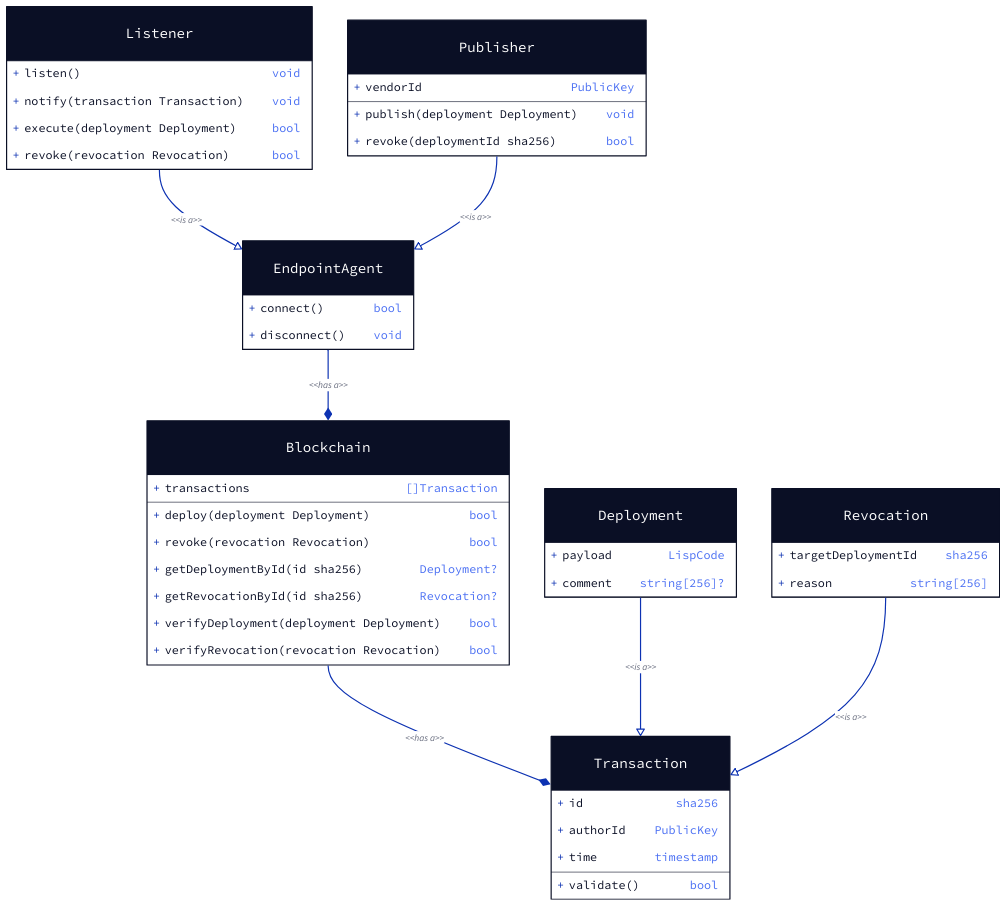
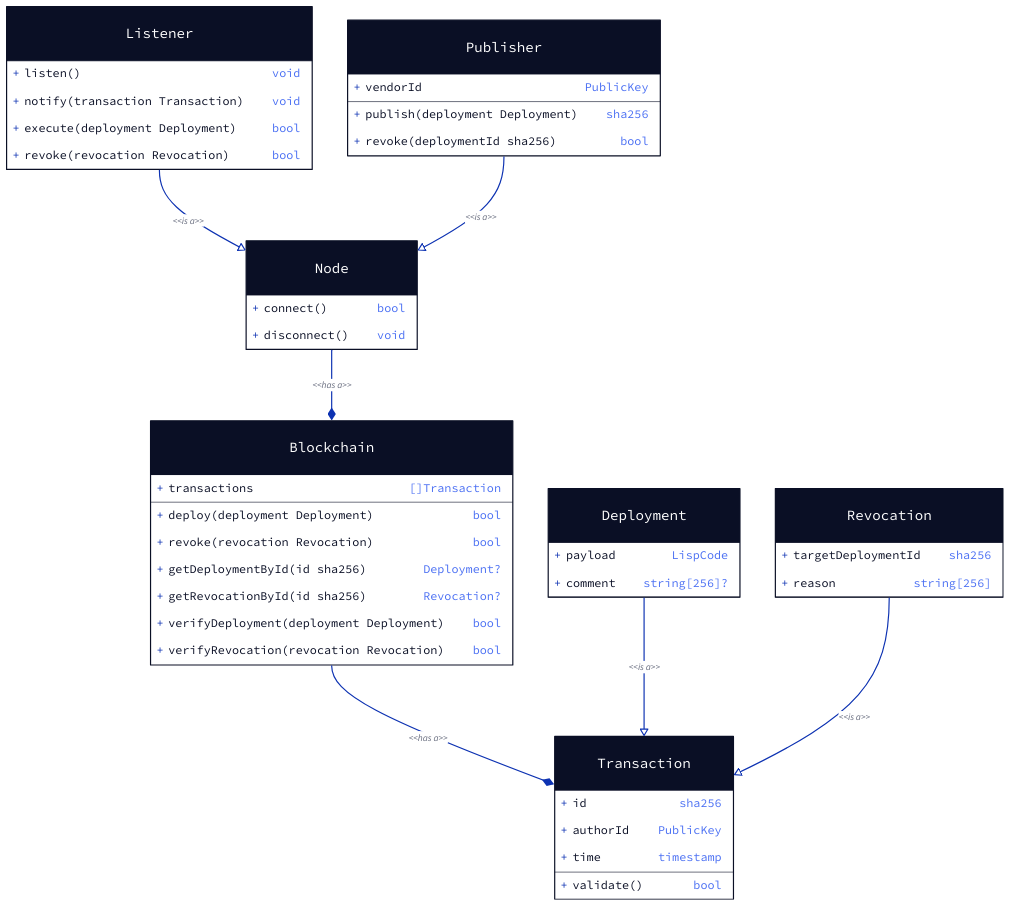
One commit to EGN-Project/lisp-endpoint-agent changed the diagram in meta/classes.d2. Above: the diagram before and after it, drawn with D2.

Commit message:
Proper return type for `publish` function, better naming for `Agent` class

```diff
--- a/meta/classes.d2
+++ b/meta/classes.d2
@@ -1,107 +1,107 @@
 # Class definitions.
 Blockchain: {
   shape: class
   transactions: "[]Transaction"
   deploy(deployment Deployment): bool
   revoke(revocation Revocation): bool
   getDeploymentById(id sha256): "Deployment?"
   getRevocationById(id sha256): "Revocation?"
   verifyDeployment(deployment Deployment): bool
   verifyRevocation(revocation Revocation): bool
 }
 
 Transaction: {
   shape: class
   id: sha256
   authorId: PublicKey
   time: timestamp
   validate(): bool
 }
 
 Deployment: {
   shape: class
   payload: LispCode
   comment: "string[256]?"
 }
 
 Revocation: {
   shape: class
   targetDeploymentId: sha256
   reason: "string[256]"
 }
 
-Agent: "EndpointAgent" {
+Agent: "Node" {
   shape: class
   connect(): bool
   disconnect(): void
 }
 
 Listener: {
   shape: class
   listen(): void
   notify(transaction Transaction): void
   execute(deployment Deployment): bool
   revoke(revocation Revocation): bool
 }
 
 Publisher: {
   shape: class
   vendorId: PublicKey
-  publish(deployment Deployment): void
+  publish(deployment Deployment): sha256
   revoke(deploymentId sha256): bool
 }
 
 # Connections.
 Blockchain -> Transaction: "<<has a>>" {
   target-arrowhead: {
     shape: diamond
     style: {
       filled: true
     }
   }
 }
 
 Agent -> Blockchain: "<<has a>>" {
   target-arrowhead: {
     shape: diamond
     style: {
       filled: true
     }
   }
 }
 
 Listener -> Agent: "<<is a>>" {
   target-arrowhead: {
     shape: triangle
     style: {
       filled: false
     }
   }
 }
 
 Publisher -> Agent: "<<is a>>" {
   target-arrowhead: {
     shape: triangle
     style: {
       filled: false
     }
   }
 }
 
 Deployment -> Transaction: "<<is a>>" {
   target-arrowhead: {
     shape: triangle
     style: {
       filled: false
     }
   }
 }
 
 Revocation -> Transaction: "<<is a>>" {
   target-arrowhead: {
     shape: triangle
     style: {
       filled: false
     }
   }
 }
```
